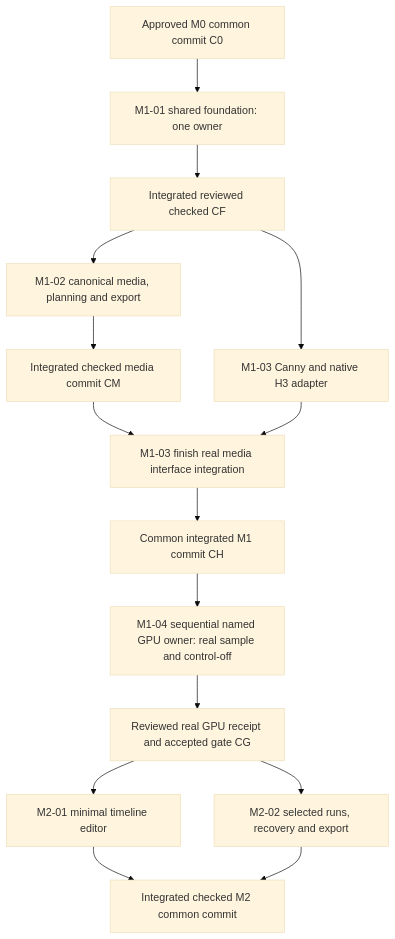
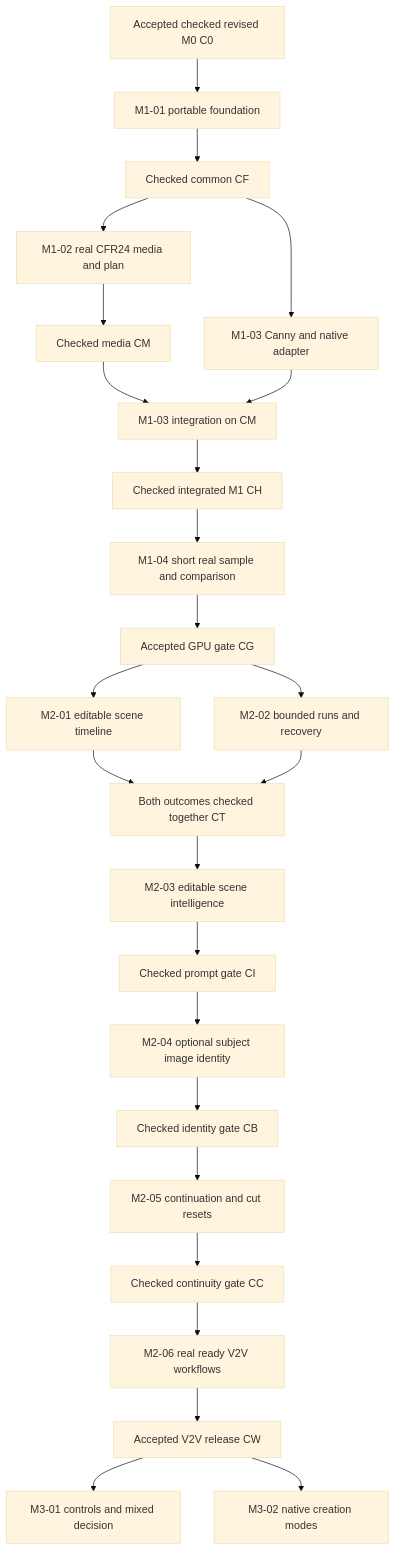
One commit to KillMeINoobs/MiniMaxH3-MovieMaker changed the diagram in docs/PLAN.md. Above: the diagram before and after it, drawn with Mermaid (base theme). The commit also changed other lines of this file and 21 other files, not shown here.

````diff
--- a/docs/PLAN.md
+++ b/docs/PLAN.md
@@ -11,17 +13,27 @@
-```mermaid
+~~~mermaid
 flowchart TD
-  C0[Approved M0 common commit C0] --> F[M1-01 shared foundation: one owner]
-  F --> CF[Integrated reviewed checked CF]
-  CF --> M[M1-02 canonical media, planning and export]
-  CF --> H[M1-03 Canny and native H3 adapter]
-  M --> CM[Integrated checked media commit CM]
-  CM --> HI[M1-03 finish real media interface integration]
+  C0[Accepted checked revised M0 C0] --> F[M1-01 portable foundation]
+  F --> CF[Checked common CF]
+  CF --> M[M1-02 real CFR24 media and plan]
+  CF --> H[M1-03 Canny and native adapter]
+  M --> CM[Checked media CM]
+  CM --> HI[M1-03 integration on CM]
   H --> HI
-  HI --> CH[Common integrated M1 commit CH]
-  CH --> G[M1-04 sequential named GPU owner: real sample and control-off]
-  G --> CG[Reviewed real GPU receipt and accepted gate CG]
-  CG --> E[M2-01 minimal timeline editor]
-  CG --> R[M2-02 selected runs, recovery and export]
-  E --> CM2[Integrated checked M2 common commit]
-  R --> CM2
-```
+  HI --> CH[Checked integrated M1 CH]
+  CH --> G[M1-04 short real sample and comparison]
+  G --> CG[Accepted GPU gate CG]
+  CG --> E[M2-01 editable scene timeline]
+  CG --> R[M2-02 bounded runs and recovery]
+  E --> CT[Both outcomes checked together CT]
+  R --> CT
+  CT --> I[M2-03 editable scene intelligence]
+  I --> CI[Checked prompt gate CI]
+  CI --> B[M2-04 optional subject image identity]
+  B --> CB[Checked identity gate CB]
+  CB --> K[M2-05 continuation and cut resets]
+  K --> CC[Checked continuity gate CC]
+  CC --> W[M2-06 real ready V2V workflows]
+  W --> CW[Accepted V2V release CW]
+  CW --> C[M3-01 controls and mixed decision]
+  CW --> V[M3-02 native creation modes]
+~~~
````
